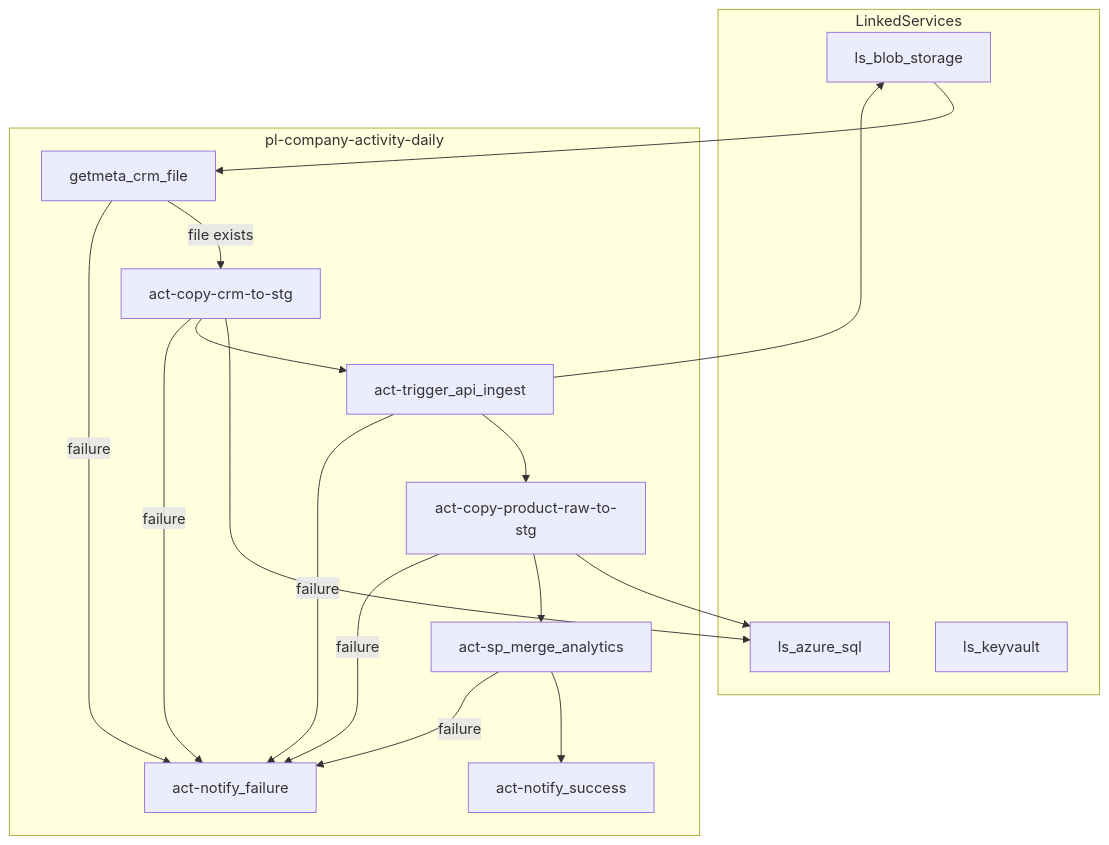
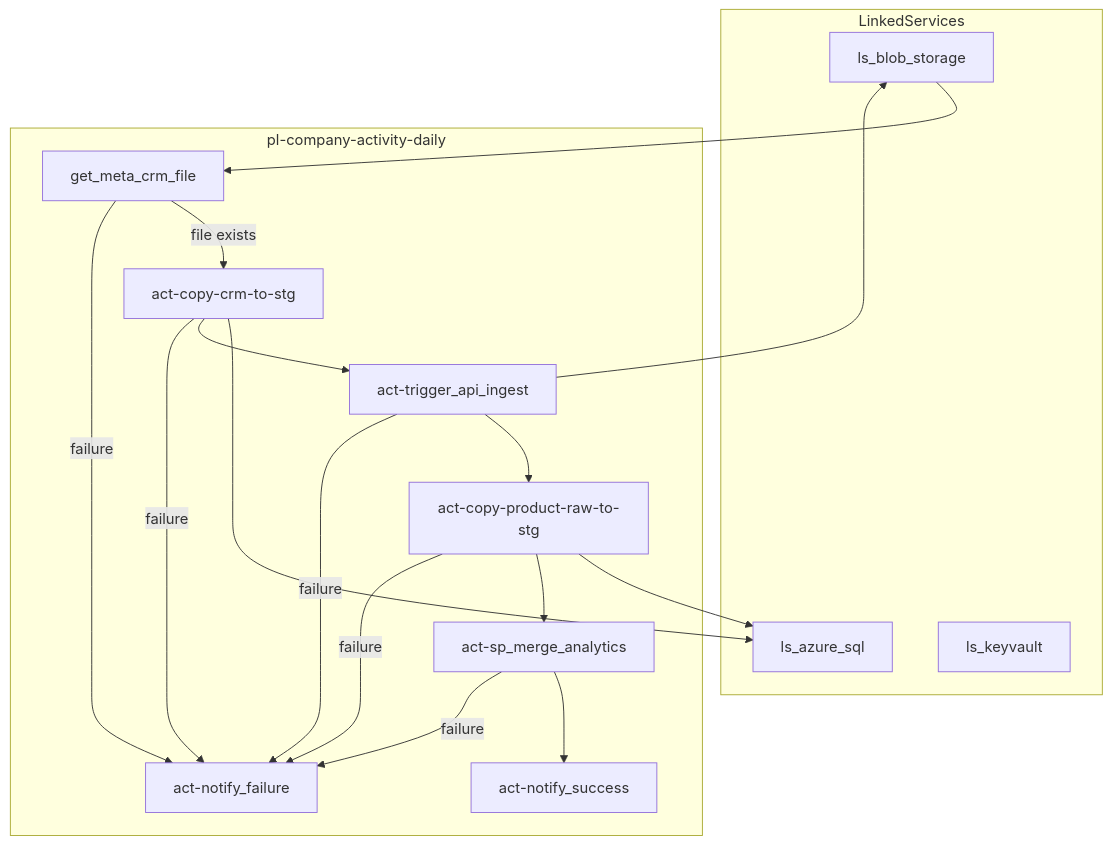
One commit to AhmaadAshraaf/company_activity_pipeline_and_data_model changed the diagram in adf/diagram.mmd. Above: the diagram before and after it, drawn with Mermaid.

```diff
--- a/adf/diagram.mmd
+++ b/adf/diagram.mmd
@@ -1,31 +1,31 @@
 flowchart TD
   subgraph LinkedServices
     LS1[ls_blob_storage]
     LS2[ls_azure_sql]
     LS3[ls_keyvault]
   end
 
   subgraph Pipeline["pl-company-activity-daily"]
-    A1[getmeta_crm_file]
+    A1[get_meta_crm_file]
     A2[act-copy-crm-to-stg]
     A3[act-trigger_api_ingest]
     A4[act-copy-product-raw-to-stg]
     A5[act-sp_merge_analytics]
     A6[act-notify_success]
     AF[act-notify_failure]
   end
 
   LS1 --> A1
   A1 -->|file exists| A2
   A2 --> LS2
   A2 --> A3
   A3 --> LS1
   A3 --> A4
   A4 --> LS2
   A4 --> A5
   A5 --> A6
   A1 -- failure --> AF
   A2 -- failure --> AF
   A3 -- failure --> AF
   A4 -- failure --> AF
   A5 -- failure --> AF
```
